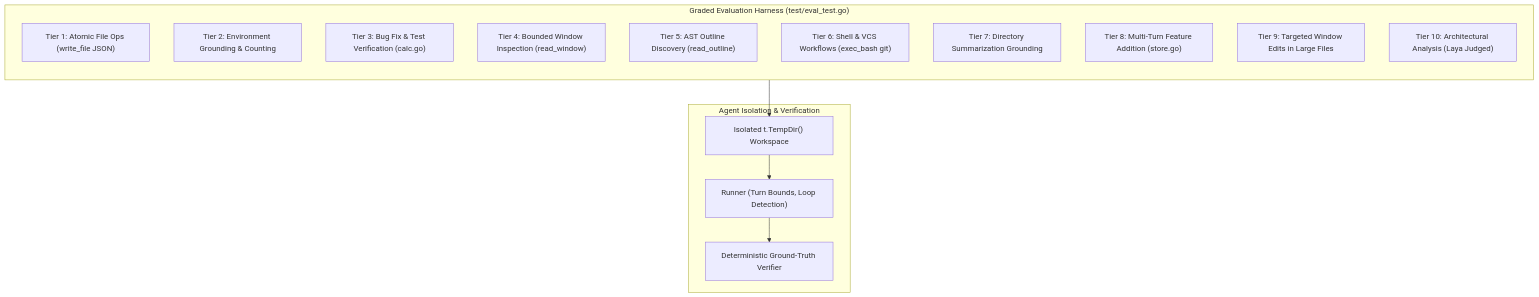
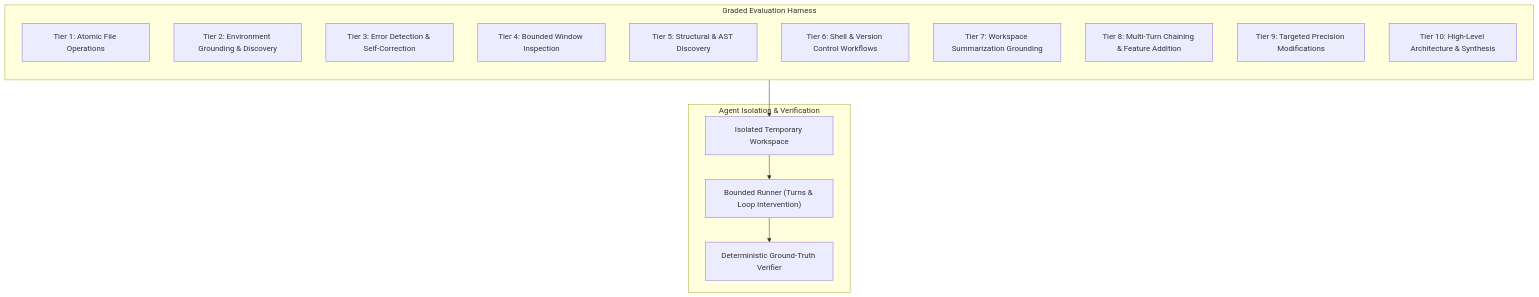
Before and after one commit to boggycreek/lokol: the diagram in doc/adr/0013-graded-multi-tier-agent-evaluations.md, drawn with Mermaid. The commit also changed other lines of this file and 4 other files, not shown here.

````diff
--- a/doc/adr/0013-graded-multi-tier-agent-evaluations.md
+++ b/doc/adr/0013-graded-multi-tier-agent-evaluations.md
@@ -21,26 +21,26 @@
 ```mermaid
 flowchart TD
-    subgraph Harness ["Graded Evaluation Harness (test/eval_test.go)"]
+    subgraph Harness ["Graded Evaluation Harness"]
         direction TB
-        T1["Tier 1: Atomic File Ops (write_file JSON)"]
-        T2["Tier 2: Environment Grounding & Counting"]
-        T3["Tier 3: Bug Fix & Test Verification (calc.go)"]
-        T4["Tier 4: Bounded Window Inspection (read_window)"]
-        T5["Tier 5: AST Outline Discovery (read_outline)"]
-        T6["Tier 6: Shell & VCS Workflows (exec_bash git)"]
-        T7["Tier 7: Directory Summarization Grounding"]
-        T8["Tier 8: Multi-Turn Feature Addition (store.go)"]
-        T9["Tier 9: Targeted Window Edits in Large Files"]
-        T10["Tier 10: Architectural Analysis (Laya Judged)"]
+        T1["Tier 1: Atomic File Operations"]
+        T2["Tier 2: Environment Grounding & Discovery"]
+        T3["Tier 3: Error Detection & Self-Correction"]
+        T4["Tier 4: Bounded Window Inspection"]
+        T5["Tier 5: Structural & AST Discovery"]
+        T6["Tier 6: Shell & Version Control Workflows"]
+        T7["Tier 7: Workspace Summarization Grounding"]
+        T8["Tier 8: Multi-Turn Chaining & Feature Addition"]
+        T9["Tier 9: Targeted Precision Modifications"]
+        T10["Tier 10: High-Level Architecture & Synthesis"]
     end
 
     subgraph Runtime ["Agent Isolation & Verification"]
-        IsolatedDir["Isolated t.TempDir() Workspace"]
-        Runner["Runner (Turn Bounds, Loop Detection)"]
+        IsolatedDir["Isolated Temporary Workspace"]
+        Runner["Bounded Runner (Turns & Loop Intervention)"]
         Verify["Deterministic Ground-Truth Verifier"]
     end
 
     Harness --> IsolatedDir
     IsolatedDir --> Runner
     Runner --> Verify
 ```
````
